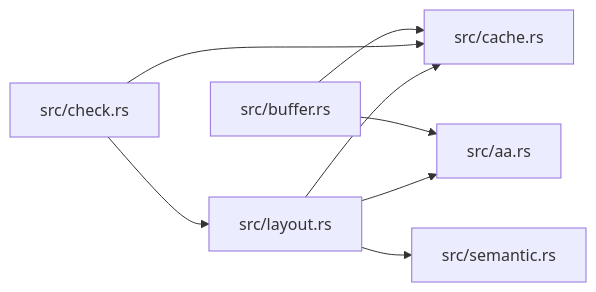
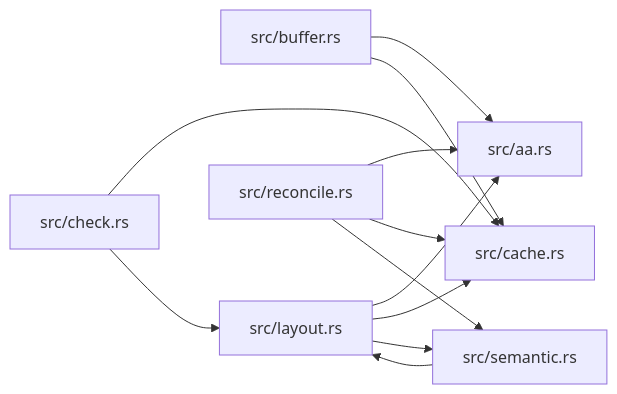
One commit to xcrtp/zela changed the diagram in docs/modules/ze-vertex.md. Above: the diagram before and after it, drawn with Mermaid. The commit also changed other lines of this file and 3 other files, not shown here.

````diff
--- a/docs/modules/ze-vertex.md
+++ b/docs/modules/ze-vertex.md
@@ -30,16 +31,21 @@
 ```mermaid
 graph LR
     f1["src/aa.rs"]
     f0["src/buffer.rs"]
     f2["src/cache.rs"]
     f3["src/check.rs"]
     f4["src/layout.rs"]
+    f6["src/reconcile.rs"]
     f5["src/semantic.rs"]
     f0 --> f1
     f0 --> f2
     f3 --> f2
     f3 --> f4
     f4 --> f1
     f4 --> f2
     f4 --> f5
+    f6 --> f1
+    f6 --> f2
+    f6 --> f5
+    f5 --> f4
 ```
````
